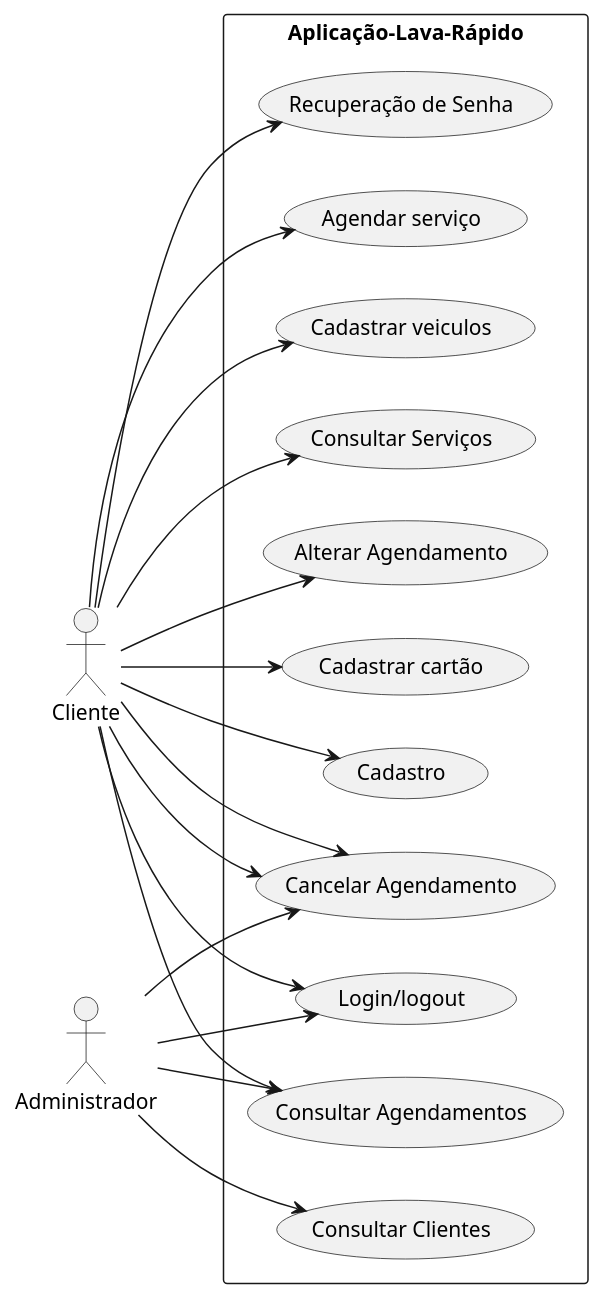
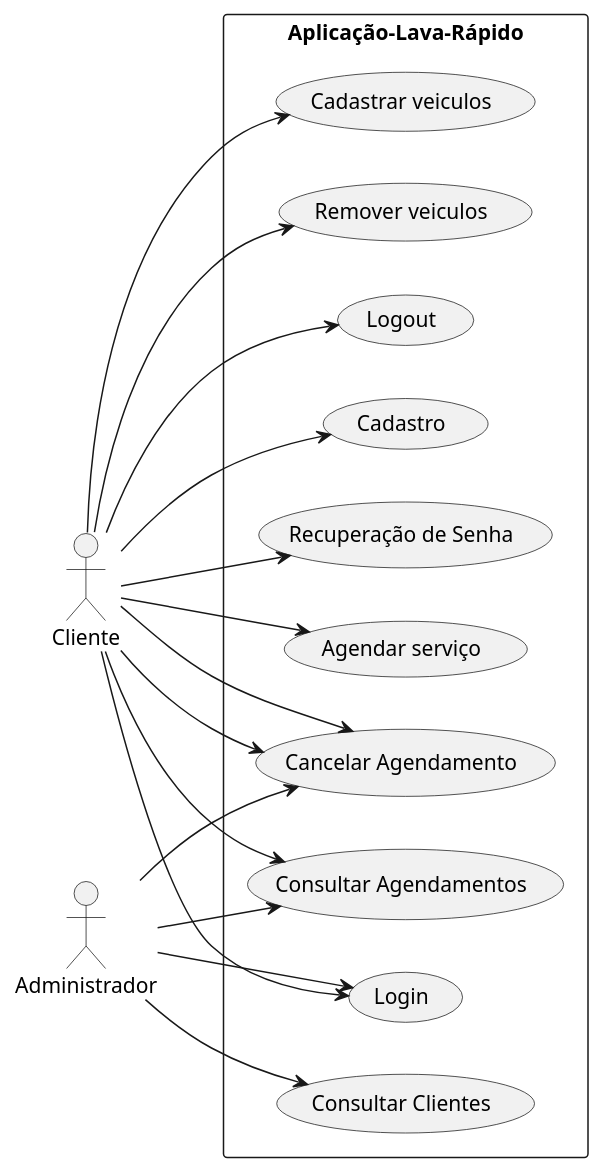
The diagram in Diagramas/casos_de_uso.plantuml (Lucas-Ed/Pi-2-semestre), drawn with PlantUML before and after one commit. The commit also changed 151 other files, not shown here.

```diff
--- a/Diagramas/casos_de_uso.plantuml
+++ b/Diagramas/casos_de_uso.plantuml
@@ -1,38 +1,46 @@
 @startuml
 left to right direction
 actor "Cliente" as cliente
 actor "Administrador" as administrador
 rectangle Aplicação-Lava-Rápido {
-  usecase "Login/logout" as login
+  usecase "Login" as login
+  usecase "Logout" as logout
   usecase "Cadastro" as cadastro
   usecase "Recuperação de Senha" as recuperacao
   usecase "Agendar serviço" as agendamento
   usecase "Cancelar Agendamento" as cancelarAgendamento
   usecase "Cadastrar veiculos" as veiculos
-  usecase "Consultar Serviços" as consultarServicos
-  usecase "Alterar Agendamento" as alterarAgendamento
+  usecase "Remover veiculos" as remov_veiculos
+  'usecase "Consultar Serviços" as consultarServicos
+  'usecase "Alterar Agendamento" as alterarAgendamento
   usecase "Consultar Agendamentos" as consultarAgendamentos
   usecase "Consultar Clientes" as consultarClientes
-  usecase "Cadastrar cartão" as cartoes
+  'usecase "Cadastrar cartão" as cartoes
+  'usecase "Remover cartão" as remov_cartoes
 
 
 
 }
 
 cliente --> login
+cliente --> logout
 cliente --> cadastro
 cliente --> agendamento
-cliente --> alterarAgendamento
+'cliente --> alterarAgendamento
 cliente --> cancelarAgendamento
 cliente --> recuperacao
 cliente --> cancelarAgendamento
-cliente --> consultarServicos
+'cliente --> consultarServicos
 cliente --> consultarAgendamentos
 cliente --> veiculos
-cliente --> cartoes
+cliente --> remov_veiculos
+'cliente --> cartoes
+'cliente --> remov_cartoes
+
 
 administrador --> consultarAgendamentos
 administrador --> consultarClientes
 administrador --> cancelarAgendamento
 administrador --> login
+'administrador -->alterarAgendamento
 @enduml
```
